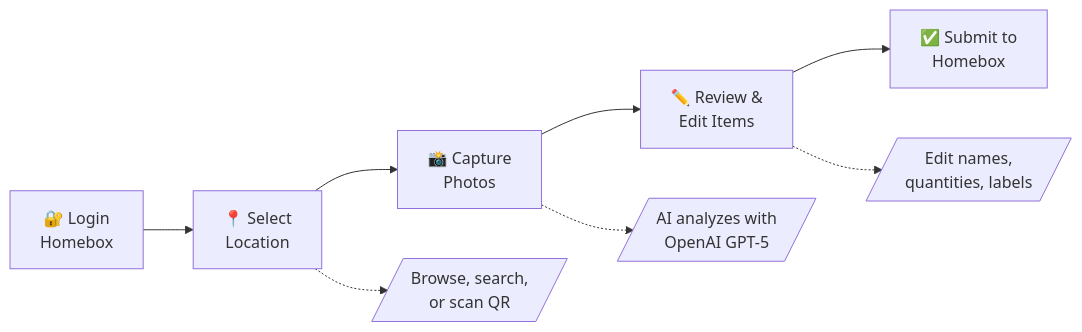
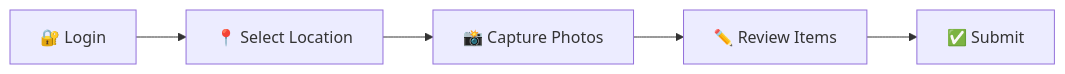
One commit to Duelion/homebox-companion changed the diagram in README.md. Above: the diagram before and after it, drawn with Mermaid. The commit also changed other lines of this file, not shown here.

````diff
--- a/README.md
+++ b/README.md
@@ -11,11 +85,7 @@
 ```mermaid
 flowchart LR
-    A[🔐 Login<br/>Homebox] --> B[📍 Select<br/>Location]
-    B --> C[📸 Capture<br/>Photos]
-    C --> D[✏️ Review &<br/>Edit Items]
-    D --> E[✅ Submit to<br/>Homebox]
-    
-    B -.-> B1[/Browse, search,<br/>or scan QR/]
-    C -.-> C1[/AI analyzes with<br/>OpenAI GPT-5/]
-    D -.-> D1[/Edit names,<br/>quantities, labels/]
+    A[🔐 Login] --> B[📍 Select Location]
+    B --> C[📸 Capture Photos]
+    C --> D[✏️ Review Items]
+    D --> E[✅ Submit]
 ```
````
